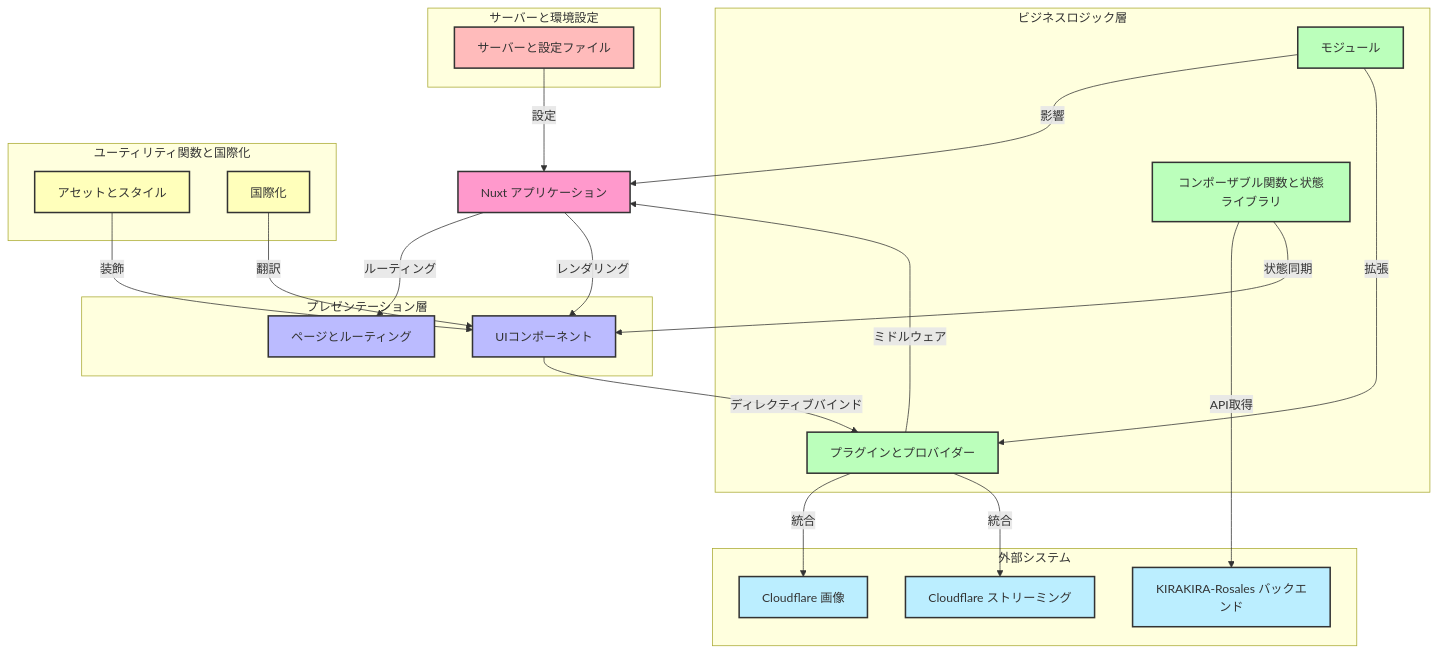
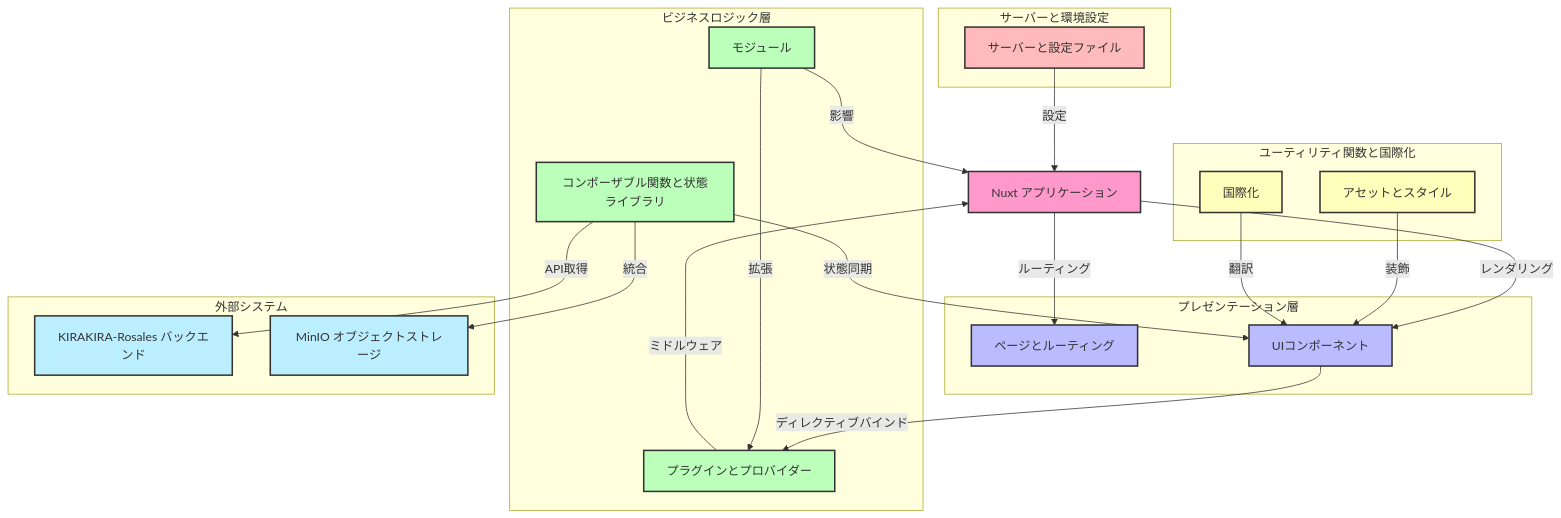
Before and after one commit to tratiger/KiraKiraDouga-Libre: the diagram in KIRAKIRA-Cerasus/README.md, drawn with Mermaid. The commit also changed other lines of this file and 32 other files, not shown here.

First line of the commit message:
[feat]Replace Cloudflare with MinIO for all object storage

````diff
--- a/KIRAKIRA-Cerasus/README.md
+++ b/KIRAKIRA-Cerasus/README.md
@@ -40,79 +40,77 @@
 ```mermaid
 
 flowchart TD
     %% コアアプリケーション
     NuxtApp["Nuxt アプリケーション"]:::frontend
 
     %% プレゼンテーション層
     subgraph "プレゼンテーション層"
         Pages["ページとルーティング"]:::presentation
         UIComponents["UIコンポーネント"]:::presentation
     end
 
     %% ビジネスロジック層
     subgraph "ビジネスロジック層"
         ComposablesStores["コンポーザブル関数と状態ライブラリ"]:::business
         Modules["モジュール"]:::business
         PluginsProviders["プラグインとプロバイダー"]:::business
     end
 
     %% ユーティリティ関数と国際化
     subgraph "ユーティリティ関数と国際化"
         AssetsStyling["アセットとスタイル"]:::utilities
         Internationalization["国際化"]:::utilities
     end
 
     %% サーバーと環境設定
     subgraph "サーバーと環境設定"
         ServerEnv["サーバーと設定ファイル"]:::server
     end
 
     %% 外部システム
     subgraph "外部システム"
         Backend["KIRAKIRA-Rosales バックエンド"]:::external
-        CloudflareImages["Cloudflare 画像"]:::external
-        CloudflareStream["Cloudflare ストリーミング"]:::external
+        MinIO["MinIO オブジェクトストレージ"]:::external
     end
 
     %% Connections between layers
     NuxtApp -->|"ルーティング"| Pages
     NuxtApp -->|"レンダリング"| UIComponents
     Modules -->|"影響"| NuxtApp
     PluginsProviders -->|"ミドルウェア"| NuxtApp
     ComposablesStores -->|"API取得"| Backend
-    PluginsProviders -->|"統合"| CloudflareImages
-    PluginsProviders -->|"統合"| CloudflareStream
+    ComposablesStores -->|"統合"| MinIO
     UIComponents -->|"ディレクティブバインド"| PluginsProviders
     AssetsStyling -->|"装飾"| UIComponents
     Internationalization -->|"翻訳"| UIComponents
     ComposablesStores -->|"状態同期"| UIComponents
     Modules -->|"拡張"| PluginsProviders
     ServerEnv -->|"設定"| NuxtApp
 
     %% Class definitions with colors
     classDef frontend fill:#f9c,stroke:#333,stroke-width:2px;
     classDef presentation fill:#bbf,stroke:#333,stroke-width:2px;
     classDef business fill:#bfb,stroke:#333,stroke-width:2px;
     classDef utilities fill:#ffb,stroke:#333,stroke-width:2px;
     classDef server fill:#fbb,stroke:#333,stroke-width:2px;
     classDef external fill:#bef,stroke:#333,stroke-width:2px;
 
     %% Click Events
     click NuxtApp "https://github.com/kirakira-douga/kirakira-cerasus/blob/develop/nuxt.config.ts"
     click NuxtApp "https://github.com/kirakira-douga/kirakira-cerasus/blob/develop/app.vue"
     click Pages "https://github.com/kirakira-douga/kirakira-cerasus/tree/develop/pages"
     click UIComponents "https://github.com/kirakira-douga/kirakira-cerasus/tree/develop/components"
     click Modules "https://github.com/kirakira-douga/kirakira-cerasus/tree/develop/modules"
     click ComposablesStores "https://github.com/kirakira-douga/kirakira-cerasus/tree/develop/composables"
     click ComposablesStores "https://github.com/kirakira-douga/kirakira-cerasus/blob/develop/stores/app-settings.ts"
     click AssetsStyling "https://github.com/kirakira-douga/kirakira-cerasus/tree/develop/assets"
     click AssetsStyling "https://github.com/kirakira-douga/kirakira-cerasus/tree/develop/helpers"
     click AssetsStyling "https://github.com/kirakira-douga/kirakira-cerasus/tree/develop/utils"
     click PluginsProviders "https://github.com/kirakira-douga/kirakira-cerasus/tree/develop/plugins"
     click PluginsProviders "https://github.com/kirakira-douga/kirakira-cerasus/tree/develop/providers/nuxt-image"
     click Internationalization "https://github.com/kirakira-douga/kirakira-cerasus/tree/develop/locales"
     click ServerEnv "https://github.com/kirakira-douga/kirakira-cerasus/tree/develop/server"
     click ServerEnv "https://github.com/kirakira-douga/kirakira-cerasus/blob/develop/tsconfig.json"
     click ServerEnv "https://github.com/kirakira-douga/kirakira-cerasus/blob/develop/.npmrc"
     click ServerEnv "https://github.com/kirakira-douga/kirakira-cerasus/blob/develop/pnpm-lock.yaml"
 ```
````
